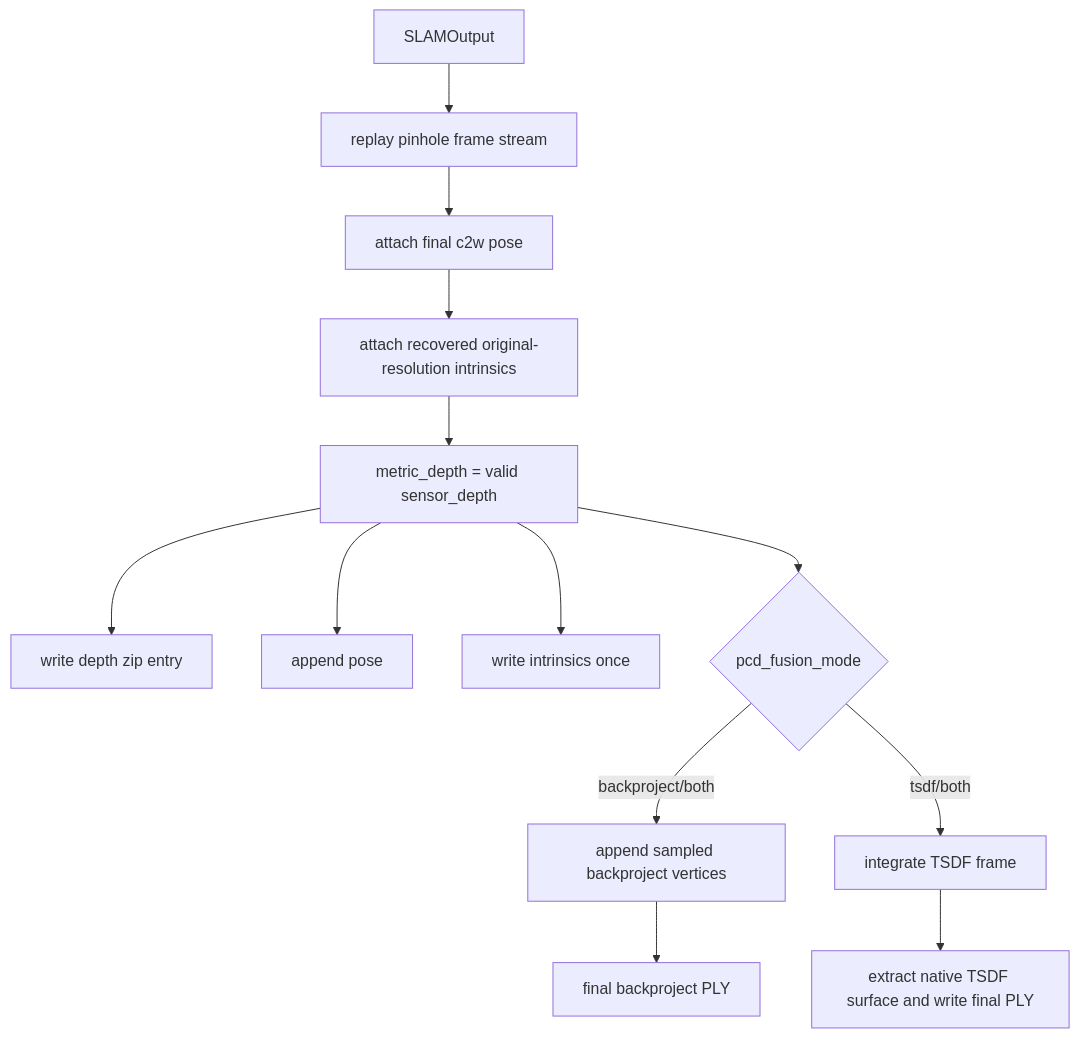
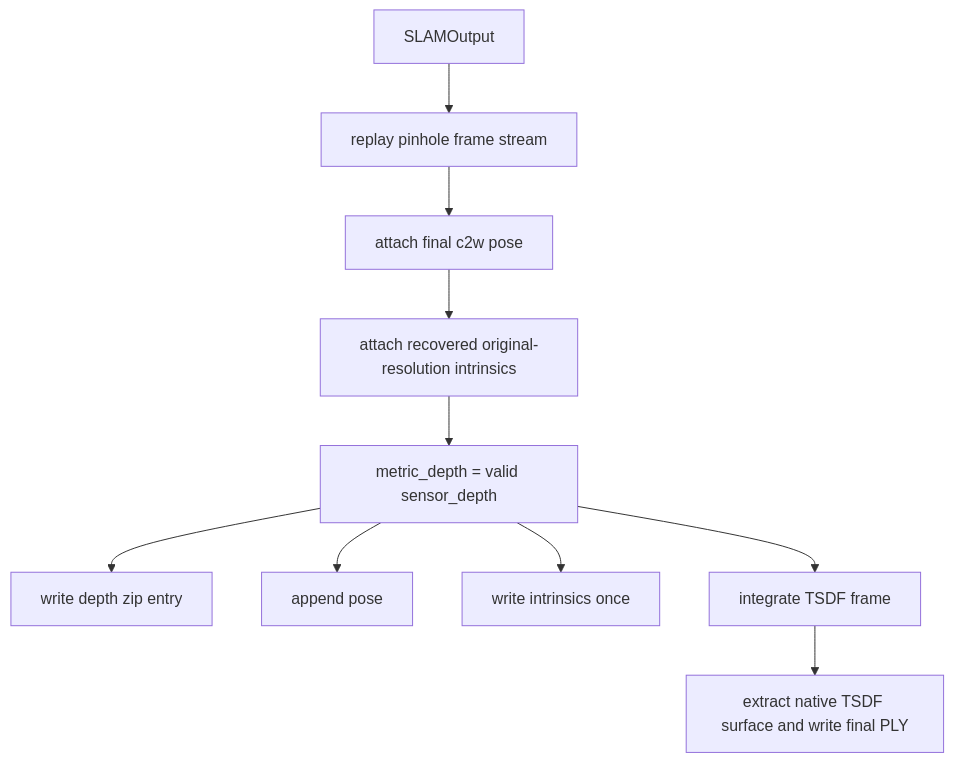
Before and after one commit to sadanand1120/vipe: the sixth of 6 diagrams in fullexplain.md, drawn with Mermaid. The commit also changed other lines of this file and 10 other files, not shown here.

````diff
--- a/fullexplain.md
+++ b/fullexplain.md
@@ -722,15 +721,12 @@
 ```mermaid
 flowchart TD
     A[SLAMOutput] --> B[replay pinhole frame stream]
     B --> C[attach final c2w pose]
     C --> D[attach recovered original-resolution intrinsics]
     D --> E[metric_depth = valid sensor_depth]
     E --> F[write depth zip entry]
     E --> G[append pose]
     E --> H[write intrinsics once]
-    E --> I{pcd_fusion_mode}
-    I -->|backproject/both| J[append sampled backproject vertices]
-    I -->|tsdf/both| K[integrate TSDF frame]
-    J --> L[final backproject PLY]
-    K --> M[extract native TSDF surface and write final PLY]
+    E --> I[integrate TSDF frame]
+    I --> J[extract native TSDF surface and write final PLY]
 ```
````
